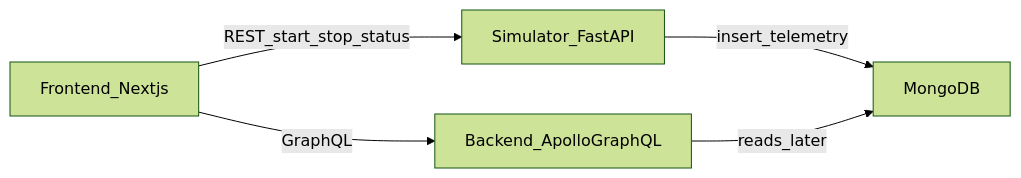
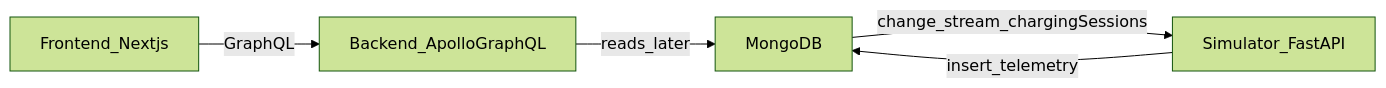
Before and after one commit to COVESA/s2dm-example-charging-session-app: the diagram in README.md, drawn with Mermaid (forest theme). The commit also changed other lines of this file and 135 other files, not shown here.

````diff
--- a/README.md
+++ b/README.md
@@ -68,7 +68,7 @@
 ```mermaid
 flowchart LR
   browser[Frontend_Nextjs] -->|GraphQL| backend[Backend_ApolloGraphQL]
-  browser -->|REST_start_stop_status| simulator[Simulator_FastAPI]
+  mongo[MongoDB] -->|change_stream_chargingSessions| simulator[Simulator_FastAPI]
   simulator -->|insert_telemetry| mongo[MongoDB]
   backend -->|reads_later| mongo
 ```
````
